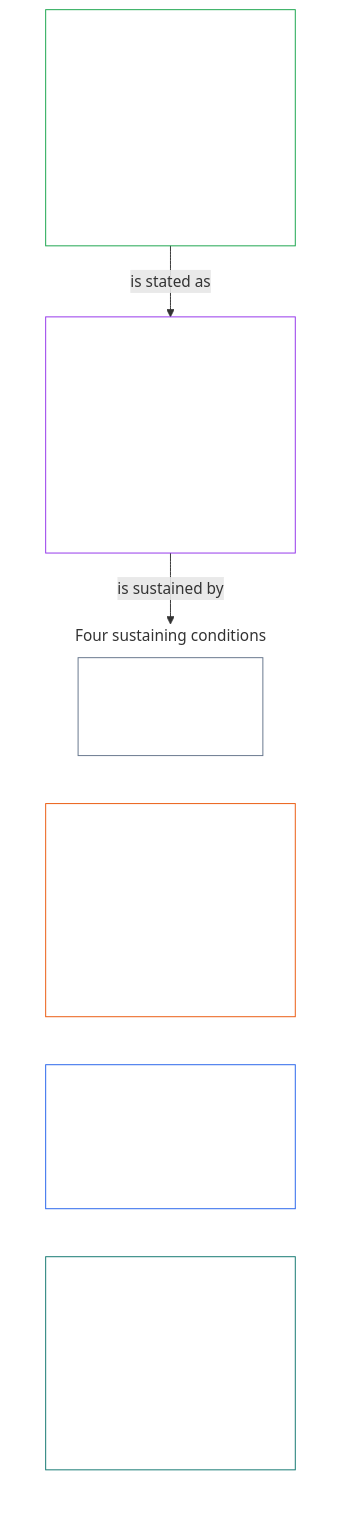
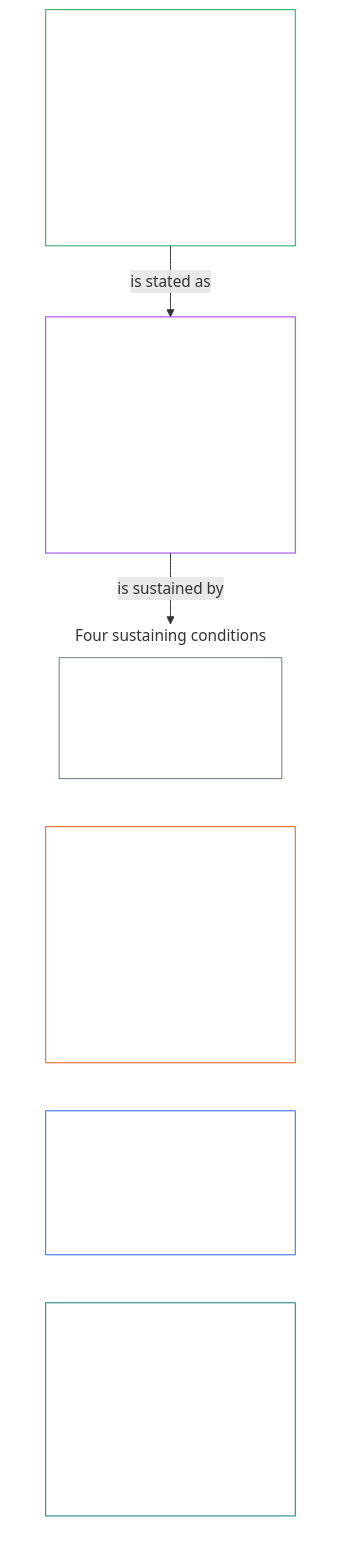
The second of 3 diagrams in core_01_a_values_principles.md (kfoelsch/Sentient_Constitution), drawn with Mermaid before and after one commit. The commit also changed other lines of this file and 140 other files, not shown here.

First line of the commit message:
Smooth Chapter One Part A numbering; break out Safety and Truth

````diff
--- a/core_01_a_values_principles.md
+++ b/core_01_a_values_principles.md
@@ -199,21 +200,21 @@
 ```mermaid
 flowchart TB
     F["Flourishing aim<br/><br/>• Sentient wellbeing sustained through truth, safety,<br/>trustworthiness, and meaningful agency<br/>• Always bounded by the Rights Floor"]
-    W["§2 Wellbeing (the outcome)<br/><br/>• §2.1 Fairness<br/>• §2.2 Recognition, Reinforcement, and Aspiration<br/>• §2.3 Anti-Degrading Process"]
+    W["§3 Wellbeing (the outcome)<br/><br/>• §3.1 Fairness<br/>• §3.2 Recognition, Reinforcement, and Aspiration<br/>• §3.3 Anti-Degrading Process"]
     subgraph Conditions["Four sustaining conditions"]
         direction LR
-        S["§3.1 Safety<br/><br/>• Harm constraint"]
-        T["§3.2 Truth<br/><br/>• Epistemic integrity<br/>• §3.3 Science-Informed Inquiry<br/>and Decision Support<br/>• §3.4 Plain-Language Accessibility"]
-        R["§4 Trust<br/><br/>• Coordination integrity<br/>• §4.1 Correction and Remedy"]
-        G["§5 Freedom<br/><br/>• Bounded agency<br/>• §5.1 Limitation Discipline<br/>• §5.2 to §5.5 Exit, assembly,<br/>dissent, and worldview neutrality"]
+        S["§4 Safety<br/><br/>• Harm constraint<br/>• Non-negotiable (§2.1)"]
+        T["§5 Truth<br/><br/>• Epistemic integrity<br/>• Non-negotiable (§2.1)<br/>• §5.1 Science-Informed Inquiry<br/>and Decision Support<br/>• §5.2 Plain-Language Accessibility"]
+        R["§6 Trust<br/><br/>• Coordination integrity<br/>• §6.1 Correction and Remedy"]
+        G["§7 Freedom<br/><br/>• Bounded agency<br/>• §7.1 Limitation Discipline<br/>• §7.2 to §7.5 Exit, assembly,<br/>dissent, and worldview neutrality"]
     end
     F -->|"is stated as"| W
     W -->|"is sustained by"| Conditions
     style Conditions fill:none,stroke:none
     style F fill:none,stroke:#16a34a,color:#ffffff
     style W fill:none,stroke:#9333ea,color:#ffffff
     style S fill:none,stroke:#64748b,color:#ffffff
     style T fill:none,stroke:#ea580c,color:#ffffff
     style R fill:none,stroke:#2563eb,color:#ffffff
     style G fill:none,stroke:#0f766e,color:#ffffff
 ```
````
